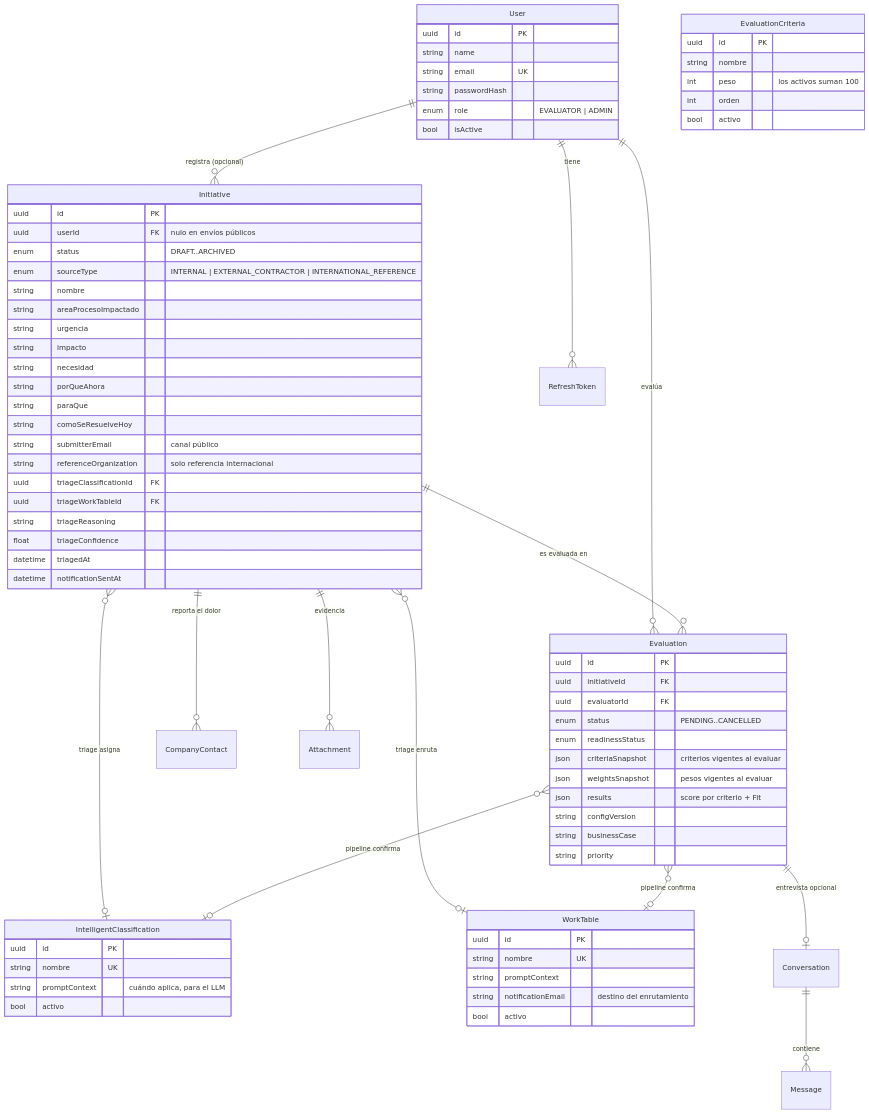
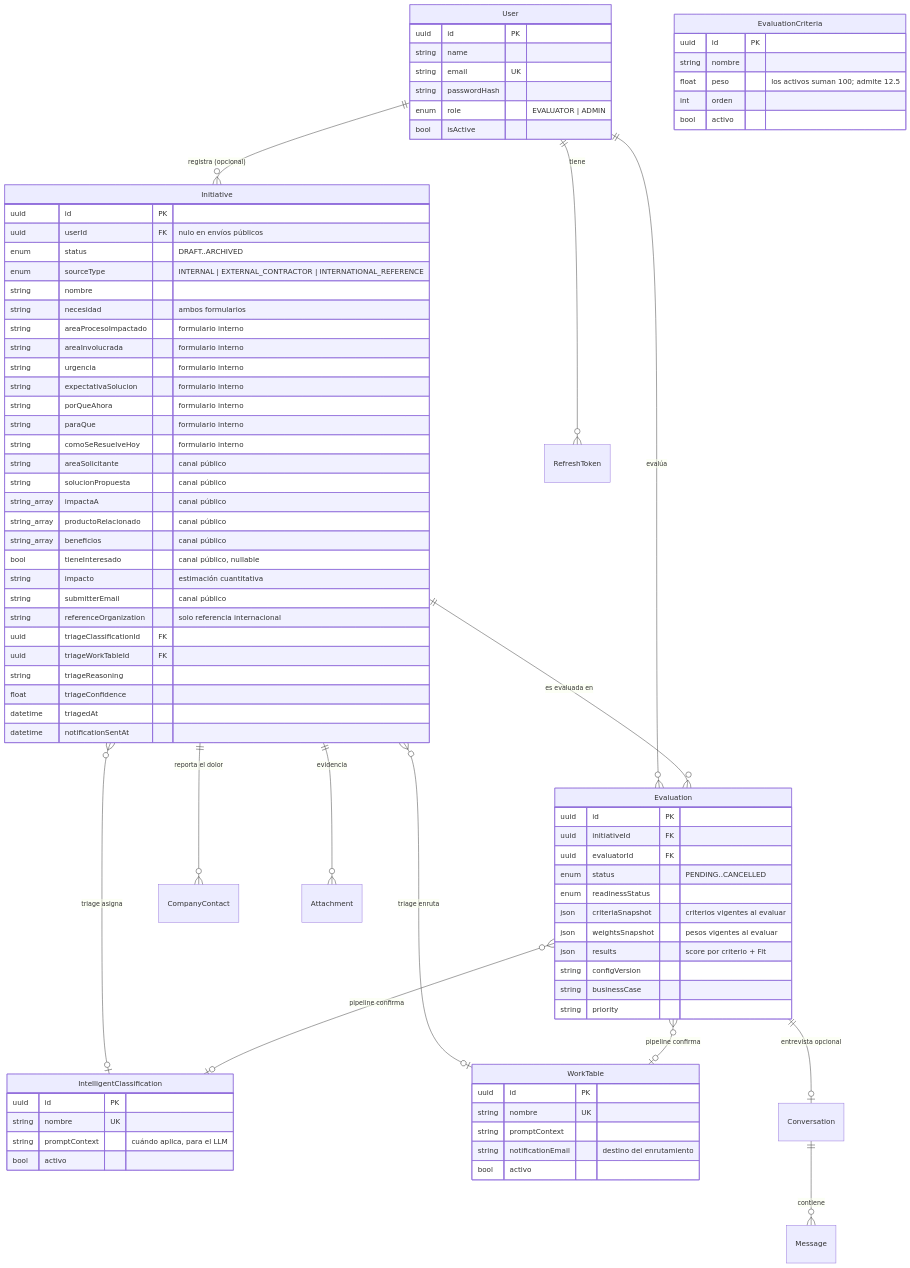
The diagram in docs/modelo-datos.md (Juank114Gonzalez/LabLens), drawn with Mermaid before and after one commit. The commit also changed other lines of this file and 13 other files, not shown here.

Commit message:
Land on the dashboard, chart contributing areas and refresh the docs

```diff
--- a/docs/modelo-datos.md
+++ b/docs/modelo-datos.md
@@ -36,13 +44,21 @@
         enum status "DRAFT..ARCHIVED"
         enum sourceType "INTERNAL | EXTERNAL_CONTRACTOR | INTERNATIONAL_REFERENCE"
         string nombre
-        string areaProcesoImpactado
-        string urgencia
-        string impacto
-        string necesidad
-        string porQueAhora
-        string paraQue
-        string comoSeResuelveHoy
+        string necesidad "ambos formularios"
+        string areaProcesoImpactado "formulario interno"
+        string areaInvolucrada "formulario interno"
+        string urgencia "formulario interno"
+        string expectativaSolucion "formulario interno"
+        string porQueAhora "formulario interno"
+        string paraQue "formulario interno"
+        string comoSeResuelveHoy "formulario interno"
+        string areaSolicitante "canal público"
+        string solucionPropuesta "canal público"
+        string_array impactaA "canal público"
+        string_array productoRelacionado "canal público"
+        string_array beneficios "canal público"
+        bool tieneInteresado "canal público, nullable"
+        string impacto "estimación cuantitativa"
         string submitterEmail "canal público"
         string referenceOrganization "solo referencia internacional"
         uuid triageClassificationId FK
@@ -70,7 +86,7 @@
     EvaluationCriteria {
         uuid id PK
         string nombre
-        int peso "los activos suman 100"
+        float peso "los activos suman 100; admite 12.5"
         int orden
         bool activo
     }
```
